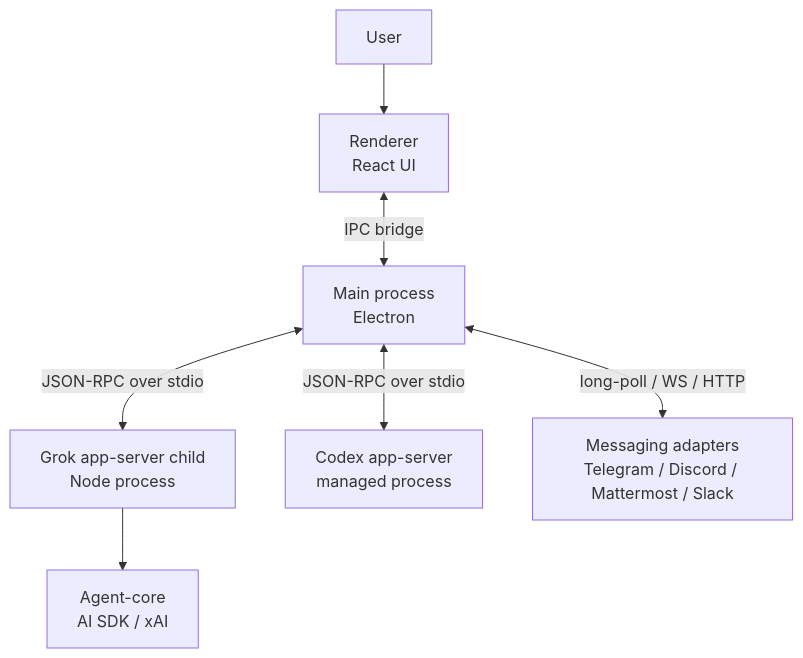
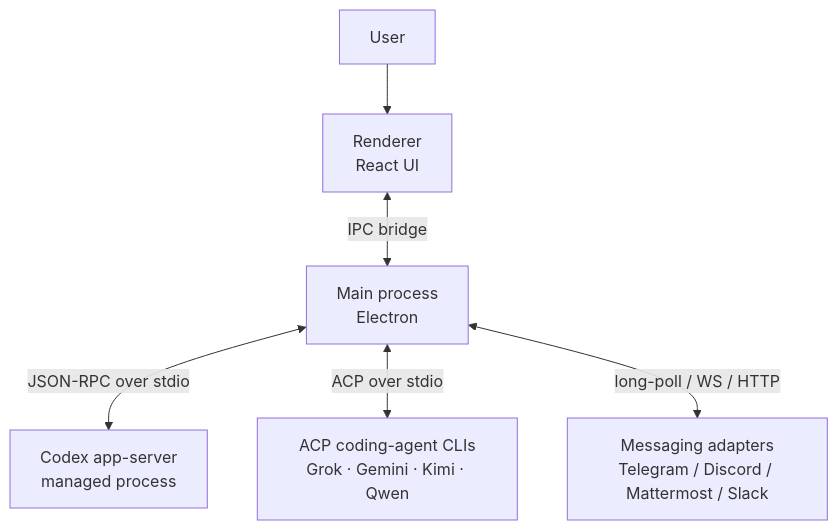
The first of 5 diagrams in ARCHITECTURE.md (pwrdrvr/PwrAgent), drawn with Mermaid before and after one commit. The commit also changed other lines of this file and 219 other files, not shown here.

Commit message:
refactor(agent-core): remove legacy Grok backend

````diff
--- a/ARCHITECTURE.md
+++ b/ARCHITECTURE.md
@@ -16,17 +16,15 @@
 ```mermaid
 graph TB
     User[User]
     Renderer["Renderer<br/>React UI"]
     Main["Main process<br/>Electron"]
-    GrokProcess["Grok app-server child<br/>Node process"]
-    AgentCore["Agent-core<br/>AI SDK / xAI"]
     CodexProcess["Codex app-server<br/>managed process"]
+    ACPAgents["ACP coding-agent CLIs<br/>Grok · Gemini · Kimi · Qwen"]
     Adapters["Messaging adapters<br/>Telegram / Discord / Mattermost / Slack"]
 
     User --> Renderer
     Renderer <-->|IPC bridge| Main
-    Main <-->|JSON-RPC over stdio| GrokProcess
-    GrokProcess --> AgentCore
     Main <-->|JSON-RPC over stdio| CodexProcess
+    Main <-->|ACP over stdio| ACPAgents
     Main <-->|long-poll / WS / HTTP| Adapters
 ```
````
